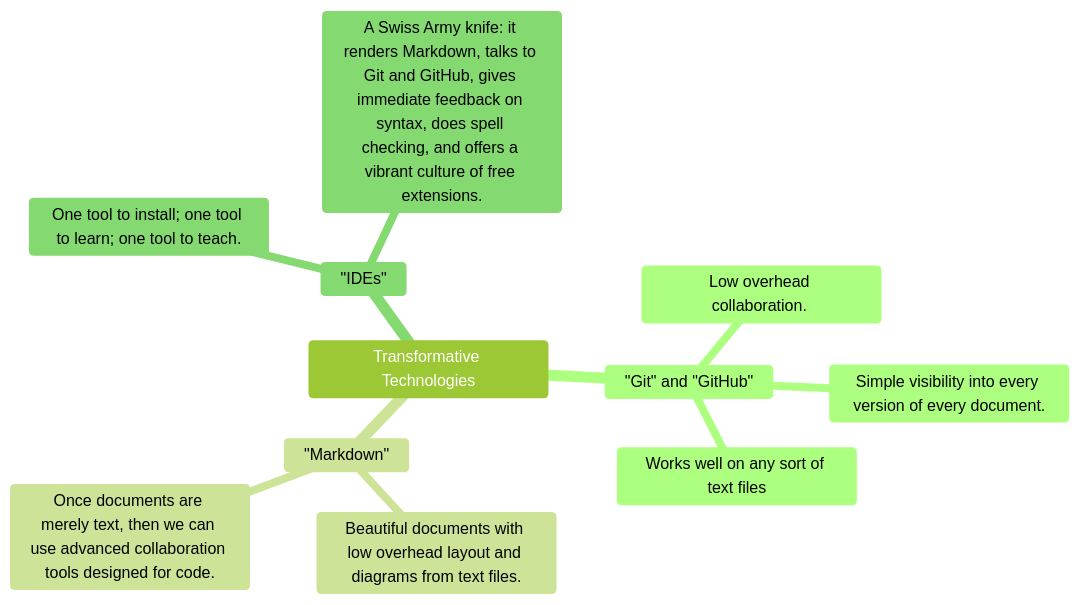
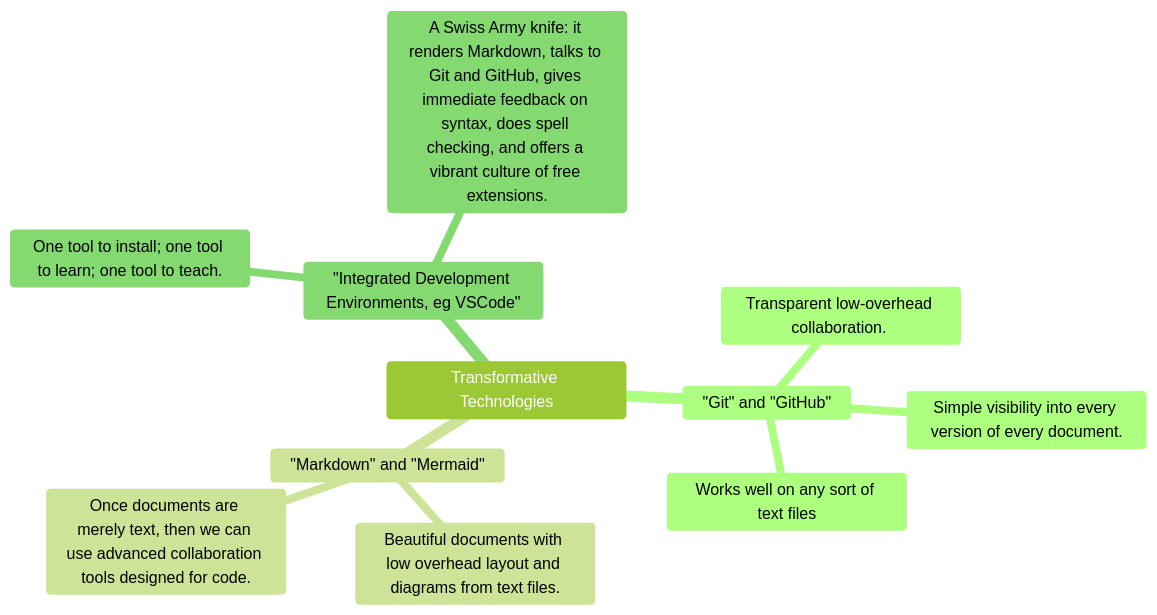
The second of 4 diagrams in README.md (marshallflax/vision), drawn with Mermaid before and after one commit. The commit also changed other lines of this file and 4 other files, not shown here.

````diff
--- a/README.md
+++ b/README.md
@@ -38,16 +38,16 @@
 ```mermaid
 %%{init:{'theme':'forest'}}%%
 
 mindmap
  Transformative Technologies
   "Git" and "GitHub"
-    Low overhead collaboration. 
+    Transparent low-overhead collaboration. 
     Simple visibility into every version of every document.
     Works well on any sort of text files
-  "Markdown"
+  "Markdown" and "Mermaid"
    Beautiful documents with low overhead layout and diagrams from text files.
    Once documents are merely text, then we can use advanced collaboration tools designed for code.
-  "IDEs"
+  "Integrated Development Environments, eg VSCode"
    One tool to install; one tool to learn; one tool to teach.
    A Swiss Army knife: it renders Markdown, talks to Git and GitHub, gives immediate feedback on syntax, does spell checking, and offers a vibrant culture of free extensions.
 ```
````
